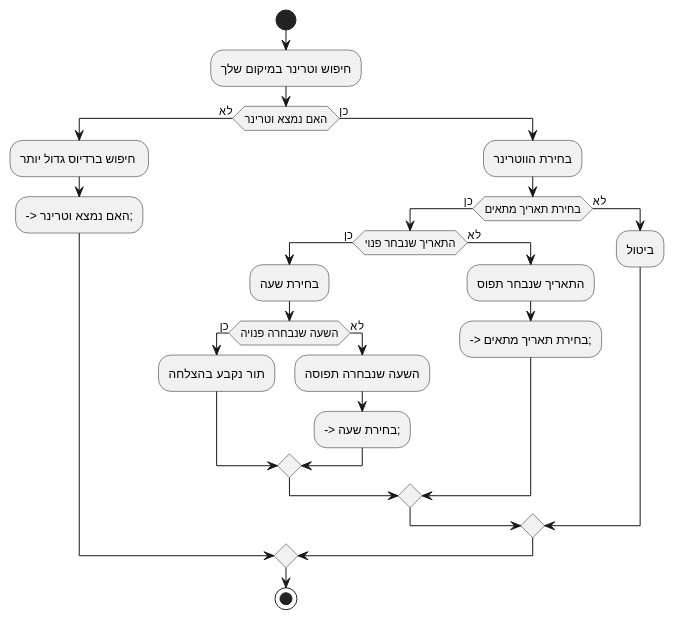
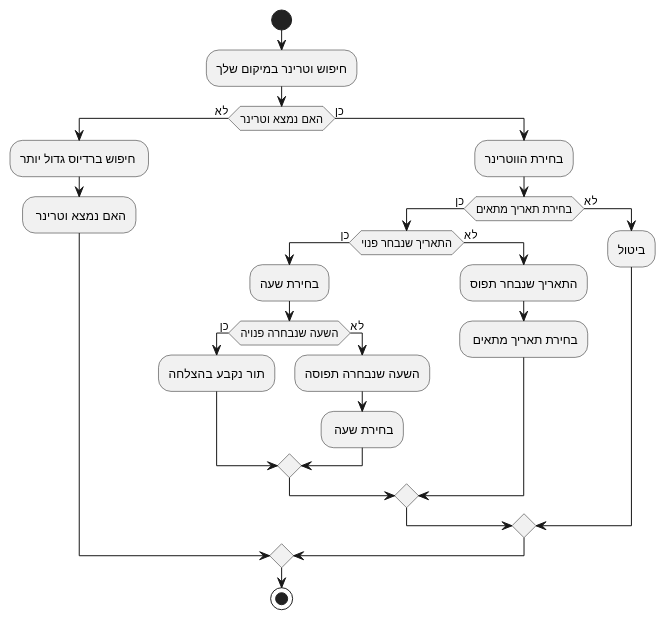
One commit to MyVet-app/MyVet changed the diagram in app/Diagrams/Activity_diag.puml. Above: the diagram before and after it, drawn with PlantUML. The commit also changed 2 other files, not shown here.

Commit message:
Update diagrams

```diff
--- a/app/Diagrams/Activity_diag.puml
+++ b/app/Diagrams/Activity_diag.puml
@@ -59,29 +59,29 @@
 @startuml
 start
 
 :חיפוש וטרינר במיקום שלך;
 if (האם נמצא וטרינר) then (לא)
   :חיפוש ברדיוס גדול יותר ;
-  --> האם נמצא וטרינר;
+  - האם נמצא וטרינר
 else (כן)
   :בחירת הווטרינר;
   if (בחירת תאריך מתאים) then (כן)
     if (התאריך שנבחר פנוי) then (כן)
       :בחירת שעה;
       if (השעה שנבחרה פנויה) then (כן)
         :תור נקבע בהצלחה;
       else (לא)
         :השעה שנבחרה תפוסה;
-        --> בחירת שעה;
+        - בחירת שעה
       endif
     else (לא)
       :התאריך שנבחר תפוס;
-      --> בחירת תאריך מתאים;
+      - בחירת תאריך מתאים
     endif
   else (לא)
     :ביטול;
   endif
 endif
 
 stop
 @enduml
```
